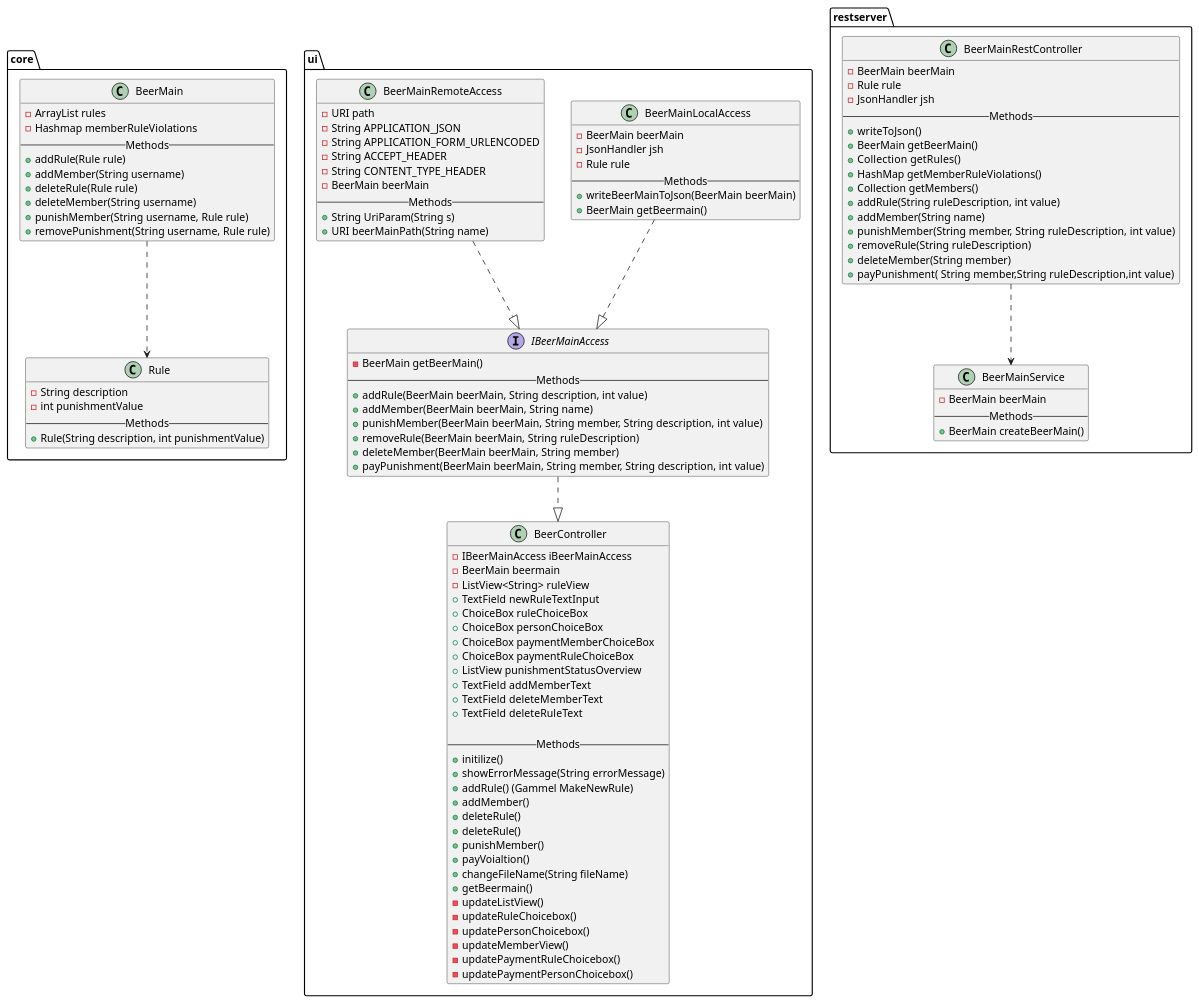
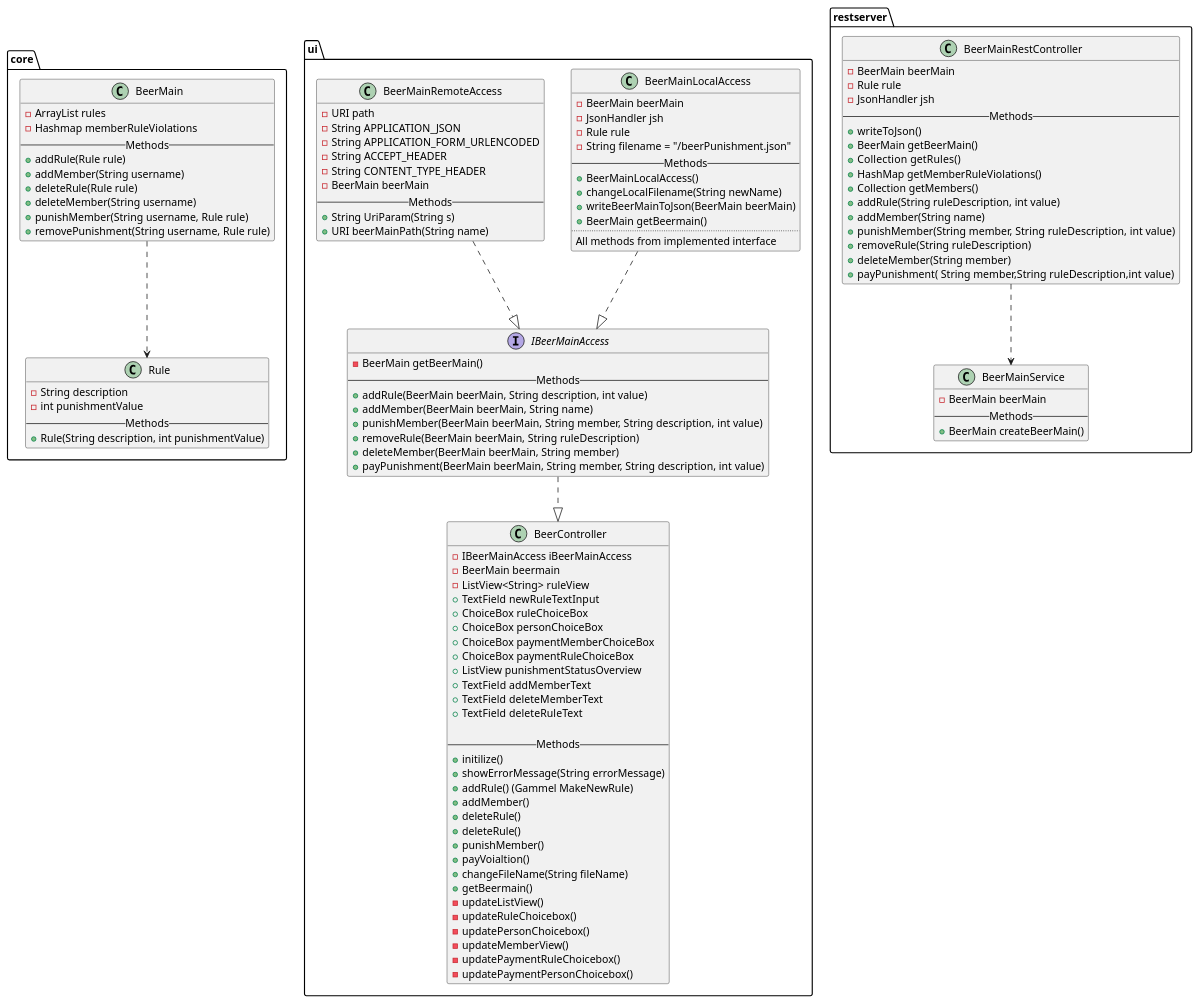
One commit to Annabdoan/it1901 changed the diagram in docs/ClassDiagram.puml. Above: the diagram before and after it, drawn with PlantUML.

Commit message:
(#47) - feat: class diagram done for BeerMainLocalAccess, BeerController and IBeerMainAccess

```diff
--- a/docs/ClassDiagram.puml
+++ b/docs/ClassDiagram.puml
@@ -1,117 +1,122 @@
 @startuml
 skinparam componentStyle uml2
 
  package "core" {
    class BeerMain{
      -ArrayList rules
      -Hashmap memberRuleViolations
      -- Methods --
      +addRule(Rule rule)
      +addMember(String username)
      +deleteRule(Rule rule)
      +deleteMember(String username)
      +punishMember(String username, Rule rule)
      +removePunishment(String username, Rule rule)
    }
    class Rule{
    -String description
    -int punishmentValue
    -- Methods --
    +Rule(String description, int punishmentValue)
    }
    BeerMain ..> Rule
 }
 
 package "ui"{
     class BeerController{
     -IBeerMainAccess iBeerMainAccess
     -BeerMain beermain
     - ListView<String> ruleView
     + TextField newRuleTextInput
     + ChoiceBox ruleChoiceBox
     + ChoiceBox personChoiceBox
     + ChoiceBox paymentMemberChoiceBox
     + ChoiceBox paymentRuleChoiceBox
     + ListView punishmentStatusOverview
     + TextField addMemberText
     + TextField deleteMemberText
     + TextField deleteRuleText
 
     -- Methods --
     +initilize()
     +showErrorMessage(String errorMessage)
     +addRule() (Gammel MakeNewRule)
     +addMember()
     +deleteRule()
     +deleteRule()
     +punishMember()
     +payVoialtion()
     +changeFileName(String fileName)
     +getBeermain()
     -updateListView()
     -updateRuleChoicebox()
     -updatePersonChoicebox()
     -updateMemberView()
     -updatePaymentRuleChoicebox()
     -updatePaymentPersonChoicebox()
    }
    class BeerMainLocalAccess {
    -BeerMain beerMain
    -JsonHandler jsh
    -Rule rule
+   -String filename = "/beerPunishment.json"
    -- Methods --
+   +BeerMainLocalAccess()
+   +changeLocalFilename(String newName)
    +writeBeerMainToJson(BeerMain beerMain)
    +BeerMain getBeermain()
+   ..
+   All methods from implemented interface
    }
    class BeerMainRemoteAccess {
    -URI path
    -String APPLICATION_JSON
    -String APPLICATION_FORM_URLENCODED
    -String ACCEPT_HEADER
    -String CONTENT_TYPE_HEADER
    -BeerMain beerMain
    -- Methods --
    +String UriParam(String s)
    +URI beerMainPath(String name)
    }
    interface IBeerMainAccess {
    -BeerMain getBeerMain()
    -- Methods --
    +addRule(BeerMain beerMain, String description, int value)
    +addMember(BeerMain beerMain, String name)
    +punishMember(BeerMain beerMain, String member, String description, int value)
    +removeRule(BeerMain beerMain, String ruleDescription)
    +deleteMember(BeerMain beerMain, String member)
    +payPunishment(BeerMain beerMain, String member, String description, int value)
    }
    BeerMainLocalAccess ..|> IBeerMainAccess
    BeerMainRemoteAccess ..|> IBeerMainAccess
    IBeerMainAccess ..|> BeerController
 }
 
 package "restserver"{
     class BeerMainRestController {
     -BeerMain beerMain
     -Rule rule
     -JsonHandler jsh
     -- Methods --
     +writeToJson()
     +BeerMain getBeerMain()
     +Collection  getRules()
     +HashMap getMemberRuleViolations()
     +Collection getMembers()
     +addRule(String ruleDescription, int value)
     +addMember(String name)
     +punishMember(String member, String ruleDescription, int value)
     +removeRule(String ruleDescription)
     +deleteMember(String member)
     +payPunishment( String member,String ruleDescription,int value)
    }
    class BeerMainService{
    -BeerMain beerMain
    -- Methods --
    +BeerMain createBeerMain()
    }
    BeerMainRestController ..> BeerMainService
 }
 @enduml
```
